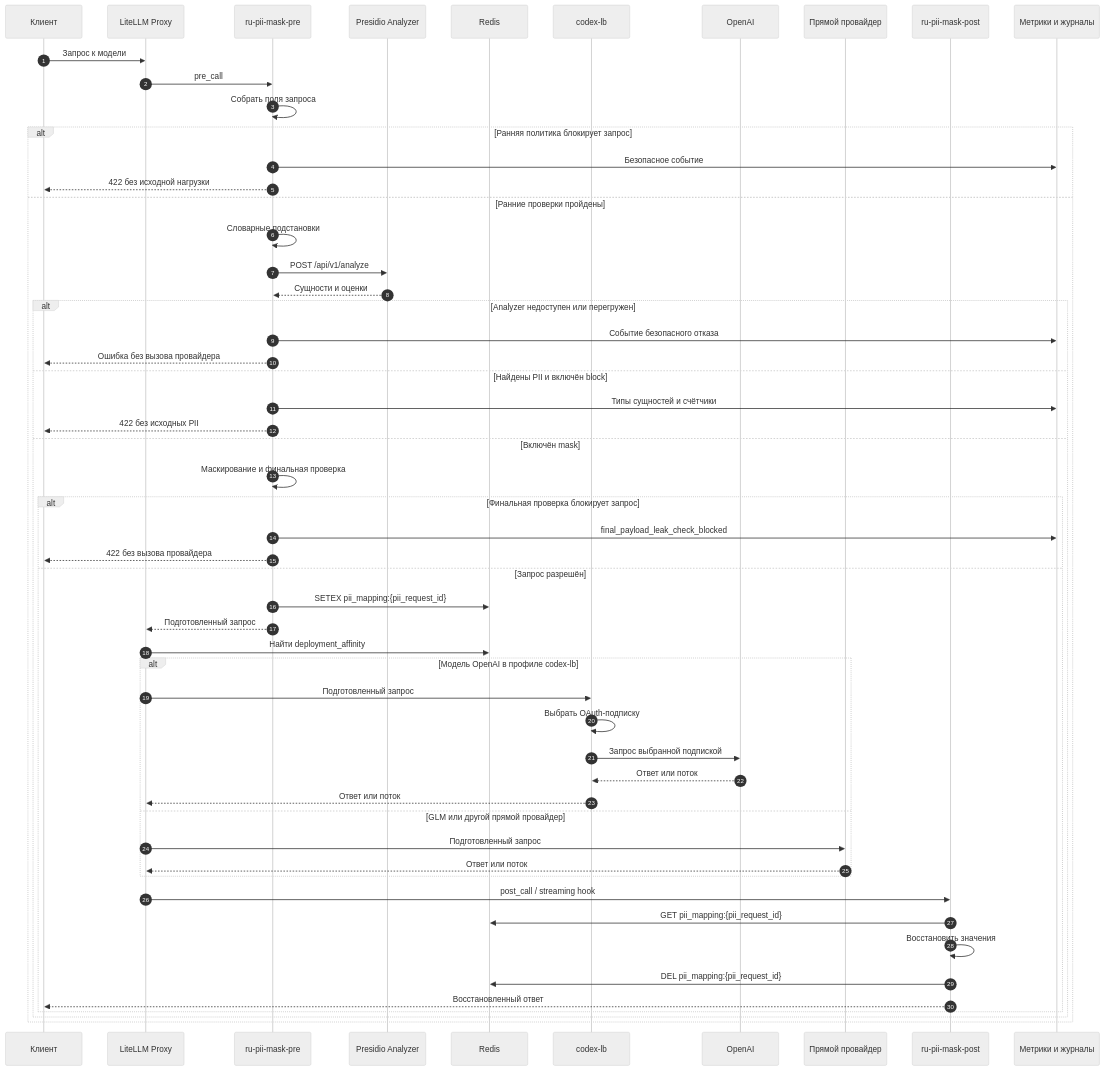
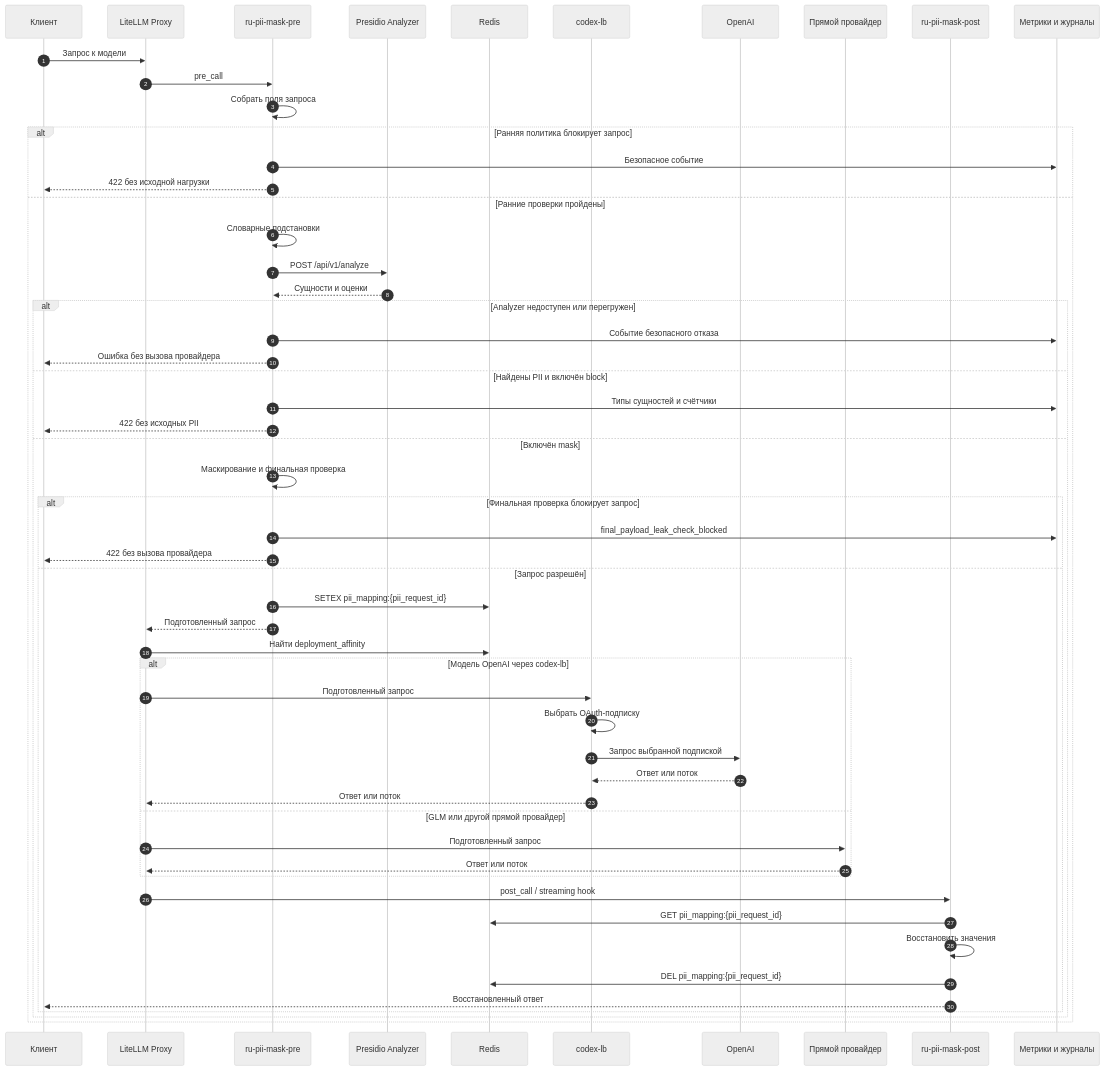
The second of 2 diagrams in docs/architecture.md (vovkins/ru-llm-proxy), drawn with Mermaid (neutral theme) before and after one commit. The commit also changed other lines of this file and 17 other files, not shown here.

````diff
--- a/docs/architecture.md
+++ b/docs/architecture.md
@@ -95,60 +96,60 @@
 ```mermaid
 sequenceDiagram
     autonumber
     participant Client as Клиент
     participant LiteLLM as LiteLLM Proxy
     participant Pre as ru-pii-mask-pre
     participant Analyzer as Presidio Analyzer
     participant Redis as Redis
     participant CodexLB as codex-lb
     participant OpenAI as OpenAI
     participant Provider as Прямой провайдер
     participant Post as ru-pii-mask-post
     participant Obs as Метрики и журналы
 
     Client->>LiteLLM: Запрос к модели
     LiteLLM->>Pre: pre_call
     Pre->>Pre: Собрать поля запроса
 
     alt Ранняя политика блокирует запрос
         Pre->>Obs: Безопасное событие
         Pre-->>Client: 422 без исходной нагрузки
     else Ранние проверки пройдены
         Pre->>Pre: Словарные подстановки
         Pre->>Analyzer: POST /api/v1/analyze
         Analyzer-->>Pre: Сущности и оценки
 
         alt Analyzer недоступен или перегружен
             Pre->>Obs: Событие безопасного отказа
             Pre-->>Client: Ошибка без вызова провайдера
         else Найдены PII и включён block
             Pre->>Obs: Типы сущностей и счётчики
             Pre-->>Client: 422 без исходных PII
         else Включён mask
             Pre->>Pre: Маскирование и финальная проверка
             alt Финальная проверка блокирует запрос
                 Pre->>Obs: final_payload_leak_check_blocked
                 Pre-->>Client: 422 без вызова провайдера
             else Запрос разрешён
                 Pre->>Redis: SETEX pii_mapping:{pii_request_id}
                 Pre-->>LiteLLM: Подготовленный запрос
                 LiteLLM->>Redis: Найти deployment_affinity
-                alt Модель OpenAI в профиле codex-lb
+                alt Модель OpenAI через codex-lb
                     LiteLLM->>CodexLB: Подготовленный запрос
                     CodexLB->>CodexLB: Выбрать OAuth-подписку
                     CodexLB->>OpenAI: Запрос выбранной подпиской
                     OpenAI-->>CodexLB: Ответ или поток
                     CodexLB-->>LiteLLM: Ответ или поток
                 else GLM или другой прямой провайдер
                     LiteLLM->>Provider: Подготовленный запрос
                     Provider-->>LiteLLM: Ответ или поток
                 end
                 LiteLLM->>Post: post_call / streaming hook
                 Post->>Redis: GET pii_mapping:{pii_request_id}
                 Post->>Post: Восстановить значения
                 Post->>Redis: DEL pii_mapping:{pii_request_id}
                 Post-->>Client: Восстановленный ответ
             end
         end
     end
 ```
````
